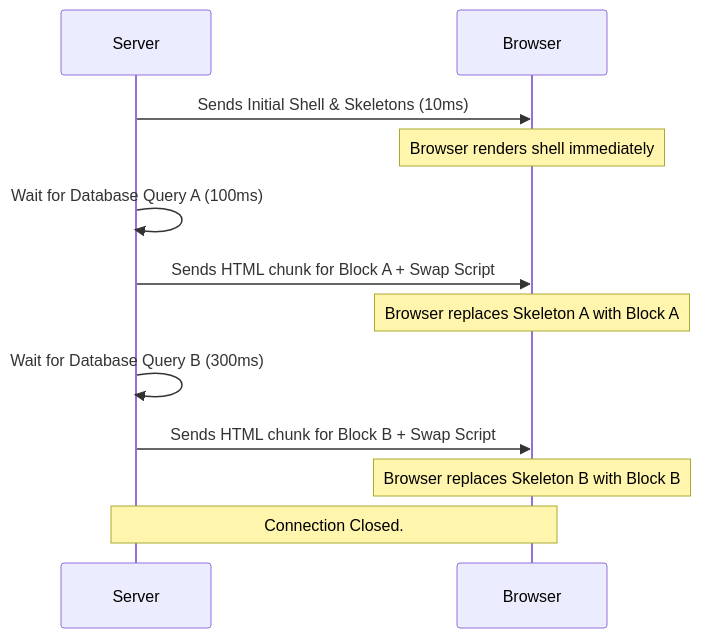
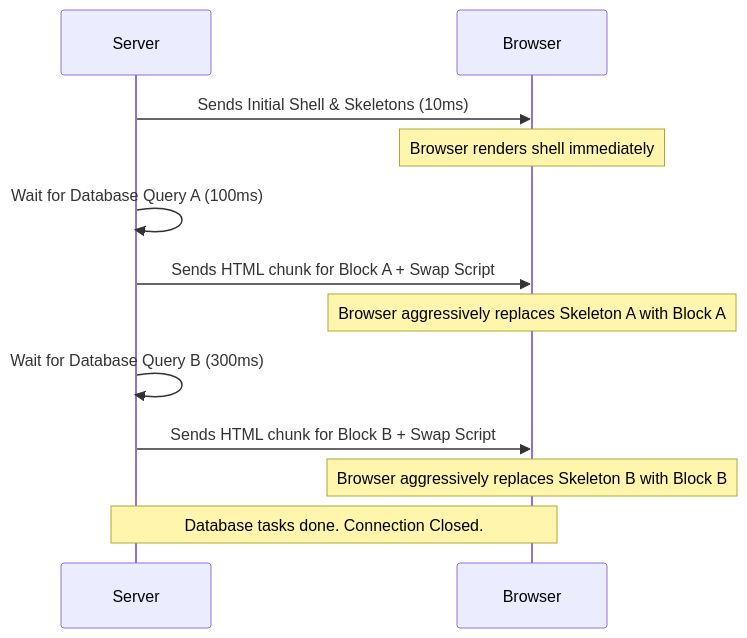
Before and after one commit to prakharp18/fdsheet: the diagram in docs/streaming-ssr.md, drawn with Mermaid. The commit also changed other lines of this file and 8 other files, not shown here.

````diff
--- a/docs/streaming-ssr.md
+++ b/docs/streaming-ssr.md
@@ -34,15 +41,15 @@
 ```mermaid
 sequenceDiagram
     participant S as Server
     participant B as Browser
 
     S->>B: Sends Initial Shell & Skeletons (10ms)
     Note over B: Browser renders shell immediately
     S->>S: Wait for Database Query A (100ms)
     S->>B: Sends HTML chunk for Block A + Swap Script
-    Note over B: Browser replaces Skeleton A with Block A
+    Note over B: Browser aggressively replaces Skeleton A with Block A
     S->>S: Wait for Database Query B (300ms)
     S->>B: Sends HTML chunk for Block B + Swap Script
-    Note over B: Browser replaces Skeleton B with Block B
-    Note over S,B: Connection Closed.
+    Note over B: Browser aggressively replaces Skeleton B with Block B
+    Note over S,B: Database tasks done. Connection Closed.
 ```
````
